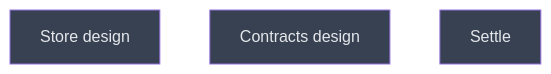
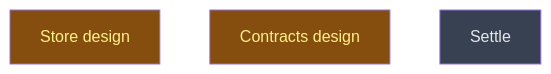
One commit to CrackingShells/cracking-shells-playbook changed the diagram in __roadmap__/m1-core-foundation/README.md. Above: the diagram before and after it, drawn with Mermaid. The commit also changed other lines of this file, not shown here.

First line of the commit message:
chore(roadmap): start the m1 design leaves

````diff
--- a/__roadmap__/m1-core-foundation/README.md
+++ b/__roadmap__/m1-core-foundation/README.md
@@ -54,11 +54,11 @@
 ```mermaid
 graph TD
-    store_design[Store design]:::planned
-    contracts_design[Contracts design]:::planned
+    store_design[Store design]:::inprogress
+    contracts_design[Contracts design]:::inprogress
     settle[Settle]:::planned
     classDef done       fill:#166534,color:#bbf7d0
     classDef inprogress fill:#854d0e,color:#fef08a
     classDef planned    fill:#374151,color:#e5e7eb
     classDef amendment  fill:#1e3a5f,color:#bfdbfe
     classDef blocked    fill:#7f1d1d,color:#fecaca
 ```
````
